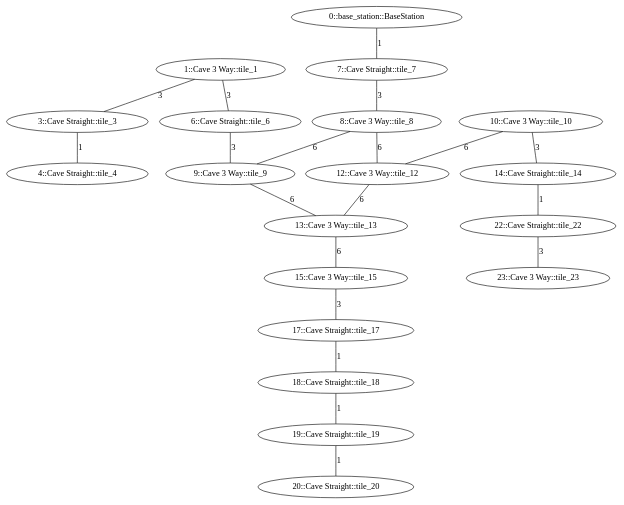
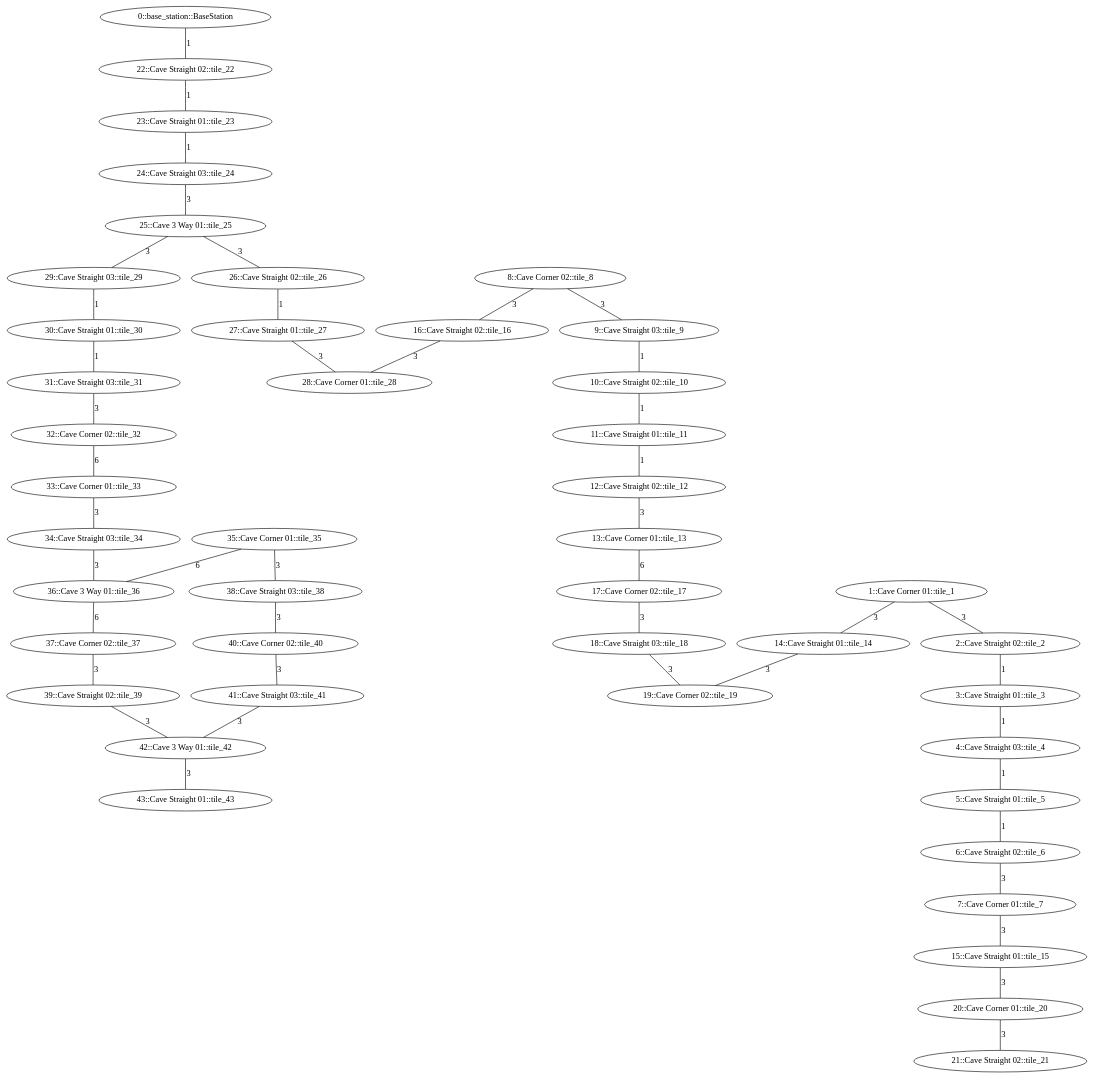
The diagram in subt_ign/worlds/simple_cave_01.dot (osrf/subt), drawn with Graphviz before and after one commit. The commit also changed 1 other file, not shown here.

Commit message:
new simple cave 01

```diff
--- a/subt_ign/worlds/simple_cave_01.dot
+++ b/subt_ign/worlds/simple_cave_01.dot
@@ -1,52 +1,102 @@
 /* Visibility graph for simple_cave_01 */
 /* Generated with the generator.py script: */
-/*   __main__.py simple_cave_01.tsv -\-graph-file simple_cave_01.dot -\-world-file simple_cave_01.sdf -\-world-name simple_cave_01 -\-scale_x 25 -\-scale_y 25 -\-cave -\-y0 50 -\-x0 -2 -\-z0 0 -\-level_type row_col -\-levels_buf 5 */
+/*   __main__.py cave_demo.tsv -\-graph-file simple_cave_01.dot -\-world-file simple_cave_01.sdf -\-world-name simple_cave_01 -\-scale_x 25 -\-scale_y 25 -\-cave -\-y0 75 -\-x0 -2 -\-z0 0 -\-level_type row_col -\-levels_buf 5 */
 
 graph {
   /* ==== Vertices ==== */
 
   /* Base station / Staging area */
   0   [label="0::base_station::BaseStation"];
 
-  1   [label="1::Cave 3 Way::tile_1"];
-  3   [label="3::Cave Straight::tile_3"];
-  4   [label="4::Cave Straight::tile_4"];
-  6   [label="6::Cave Straight::tile_6"];
-  7   [label="7::Cave Straight::tile_7"];
-  8   [label="8::Cave 3 Way::tile_8"];
-  9   [label="9::Cave 3 Way::tile_9"];
-  10  [label="10::Cave 3 Way::tile_10"];
-  12  [label="12::Cave 3 Way::tile_12"];
-  13  [label="13::Cave 3 Way::tile_13"];
-  14  [label="14::Cave Straight::tile_14"];
-  15  [label="15::Cave 3 Way::tile_15"];
-  17  [label="17::Cave Straight::tile_17"];
-  18  [label="18::Cave Straight::tile_18"];
-  19  [label="19::Cave Straight::tile_19"];
-  20  [label="20::Cave Straight::tile_20"];
-  22  [label="22::Cave Straight::tile_22"];
-  23  [label="23::Cave 3 Way::tile_23"];
+  1   [label="1::Cave Corner 01::tile_1"];
+  2   [label="2::Cave Straight 02::tile_2"];
+  3   [label="3::Cave Straight 01::tile_3"];
+  4   [label="4::Cave Straight 03::tile_4"];
+  5   [label="5::Cave Straight 01::tile_5"];
+  6   [label="6::Cave Straight 02::tile_6"];
+  7   [label="7::Cave Corner 01::tile_7"];
+  8   [label="8::Cave Corner 02::tile_8"];
+  9   [label="9::Cave Straight 03::tile_9"];
+  10  [label="10::Cave Straight 02::tile_10"];
+  11  [label="11::Cave Straight 01::tile_11"];
+  12  [label="12::Cave Straight 02::tile_12"];
+  13  [label="13::Cave Corner 01::tile_13"];
+  14  [label="14::Cave Straight 01::tile_14"];
+  15  [label="15::Cave Straight 01::tile_15"];
+  16  [label="16::Cave Straight 02::tile_16"];
+  17  [label="17::Cave Corner 02::tile_17"];
+  18  [label="18::Cave Straight 03::tile_18"];
+  19  [label="19::Cave Corner 02::tile_19"];
+  20  [label="20::Cave Corner 01::tile_20"];
+  21  [label="21::Cave Straight 02::tile_21"];
+  22  [label="22::Cave Straight 02::tile_22"];
+  23  [label="23::Cave Straight 01::tile_23"];
+  24  [label="24::Cave Straight 03::tile_24"];
+  25  [label="25::Cave 3 Way 01::tile_25"];
+  26  [label="26::Cave Straight 02::tile_26"];
+  27  [label="27::Cave Straight 01::tile_27"];
+  28  [label="28::Cave Corner 01::tile_28"];
+  29  [label="29::Cave Straight 03::tile_29"];
+  30  [label="30::Cave Straight 01::tile_30"];
+  31  [label="31::Cave Straight 03::tile_31"];
+  32  [label="32::Cave Corner 02::tile_32"];
+  33  [label="33::Cave Corner 01::tile_33"];
+  34  [label="34::Cave Straight 03::tile_34"];
+  35  [label="35::Cave Corner 01::tile_35"];
+  36  [label="36::Cave 3 Way 01::tile_36"];
+  37  [label="37::Cave Corner 02::tile_37"];
+  38  [label="38::Cave Straight 03::tile_38"];
+  39  [label="39::Cave Straight 02::tile_39"];
+  40  [label="40::Cave Corner 02::tile_40"];
+  41  [label="41::Cave Straight 03::tile_41"];
+  42  [label="42::Cave 3 Way 01::tile_42"];
+  43  [label="43::Cave Straight 01::tile_43"];
 
   /* ==== Edges ==== */
 
   /* Base station */
-  0  -- 7   [label=1];
-  1  -- 3   [label=3];  /* Intersection */
-  1  -- 6   [label=3];  /* Intersection */
+  0  -- 22  [label=1];
+  1  -- 2   [label=3];
+  1  -- 14  [label=3];
+  2  -- 3   [label=1];
   3  -- 4   [label=1];
-  6  -- 9   [label=3];  /* Intersection */
-  7  -- 8   [label=3];  /* Intersection */
-  8  -- 9   [label=6];  /* Intersection */
-  8  -- 12  [label=6];  /* Intersection */
-  9  -- 13  [label=6];  /* Intersection */
-  10 -- 12  [label=6];  /* Intersection */
-  10 -- 14  [label=3];  /* Intersection */
-  12 -- 13  [label=6];  /* Intersection */
-  13 -- 15  [label=6];  /* Intersection */
-  14 -- 22  [label=1];
-  15 -- 17  [label=3];  /* Intersection */
-  17 -- 18  [label=1];
-  18 -- 19  [label=1];
-  19 -- 20  [label=1];
-  22 -- 23  [label=3];  /* Intersection */
+  4  -- 5   [label=1];
+  5  -- 6   [label=1];
+  6  -- 7   [label=3];
+  7  -- 15  [label=3];
+  8  -- 9   [label=3];
+  8  -- 16  [label=3];
+  9  -- 10  [label=1];
+  10 -- 11  [label=1];
+  11 -- 12  [label=1];
+  12 -- 13  [label=3];
+  13 -- 17  [label=6];
+  14 -- 19  [label=3];
+  15 -- 20  [label=3];
+  16 -- 28  [label=3];
+  17 -- 18  [label=3];
+  18 -- 19  [label=3];
+  20 -- 21  [label=3];
+  22 -- 23  [label=1];
+  23 -- 24  [label=1];
+  24 -- 25  [label=3];  /* Intersection */
+  25 -- 26  [label=3];  /* Intersection */
+  25 -- 29  [label=3];  /* Intersection */
+  26 -- 27  [label=1];
+  27 -- 28  [label=3];
+  29 -- 30  [label=1];
+  30 -- 31  [label=1];
+  31 -- 32  [label=3];
+  32 -- 33  [label=6];
+  33 -- 34  [label=3];
+  34 -- 36  [label=3];  /* Intersection */
+  35 -- 36  [label=6];  /* Intersection */
+  35 -- 38  [label=3];
+  36 -- 37  [label=6];  /* Intersection */
+  37 -- 39  [label=3];
+  38 -- 40  [label=3];
+  39 -- 42  [label=3];  /* Intersection */
+  40 -- 41  [label=3];
+  41 -- 42  [label=3];  /* Intersection */
+  42 -- 43  [label=3];  /* Intersection */
 }
```
